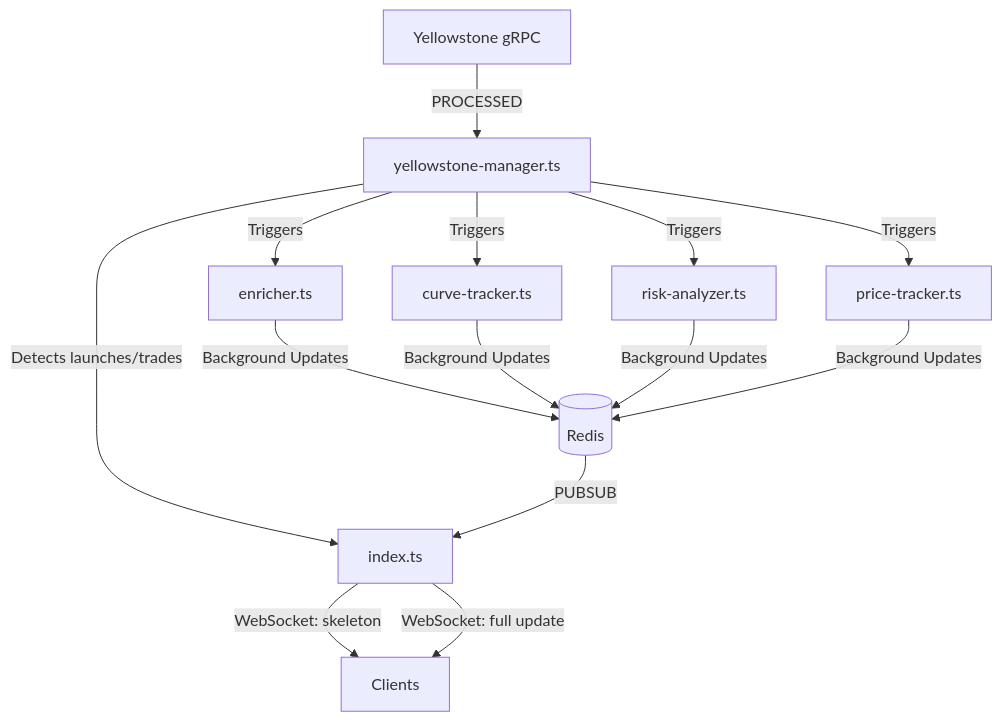
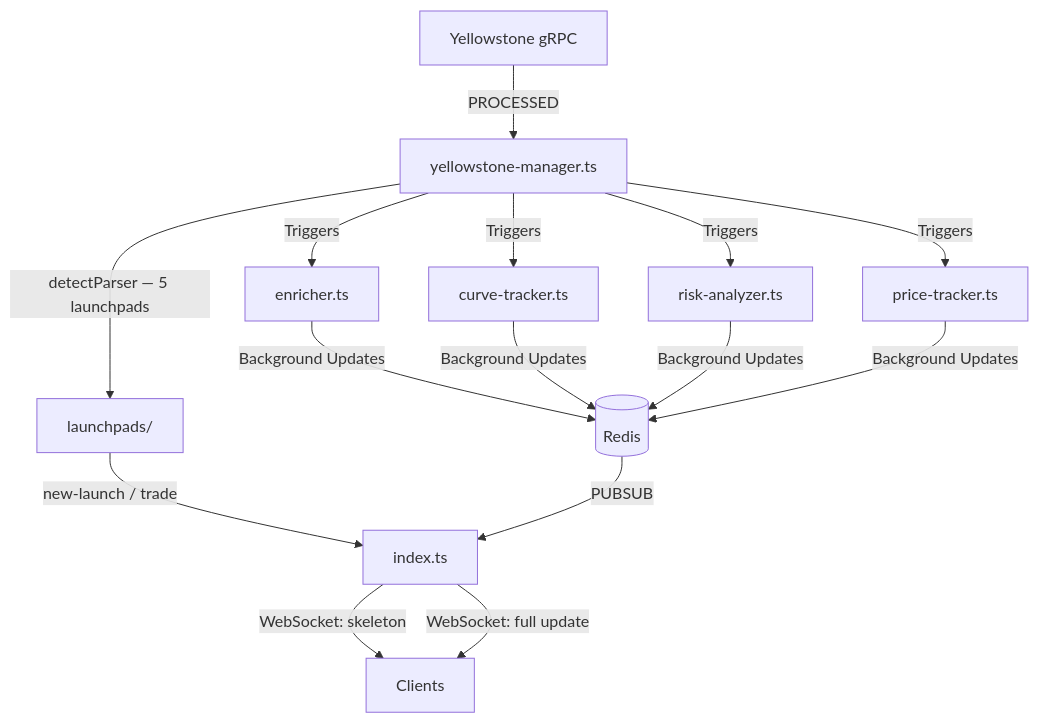
One commit to 0x0r10n/multi-launchpad-data changed the diagram in README.md. Above: the diagram before and after it, drawn with Mermaid. The commit also changed other lines of this file and 14 other files, not shown here.

Commit message:
Extracts launchpad detection into src/launchpads/ registry with per-platform   parsers. Updates yellowstone-manager, enricher, curve-tracker, risk-analyzer,   and index.ts to use the new registry, snapshot-on-join, and trending time windows

````diff
--- a/README.md
+++ b/README.md
@@ -22,16 +37,17 @@
 ```mermaid
 graph TD
     YG[Yellowstone gRPC] -->|PROCESSED| YM[yellowstone-manager.ts]
-    YM -->|Detects launches/trades| IDX[index.ts]
-    
+    YM -->|detectParser — 5 launchpads| LP[launchpads/]
+    LP -->|new-launch / trade| IDX[index.ts]
+
     IDX -->|WebSocket: skeleton| WS[Clients]
-    
+
     YM -->|Triggers| ENR[enricher.ts]
     YM -->|Triggers| CT[curve-tracker.ts]
     YM -->|Triggers| RSK[risk-analyzer.ts]
     YM -->|Triggers| PT[price-tracker.ts]
-    
+
     ENR & CT & RSK & PT -->|Background Updates| REDIS[(Redis)]
     REDIS -->|PUBSUB| IDX
     IDX -->|WebSocket: full update| WS
 ```
````
